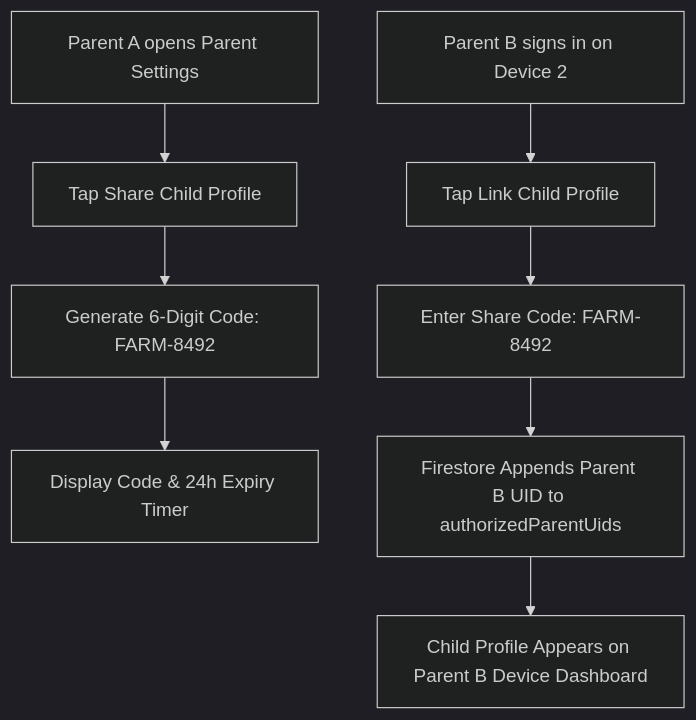
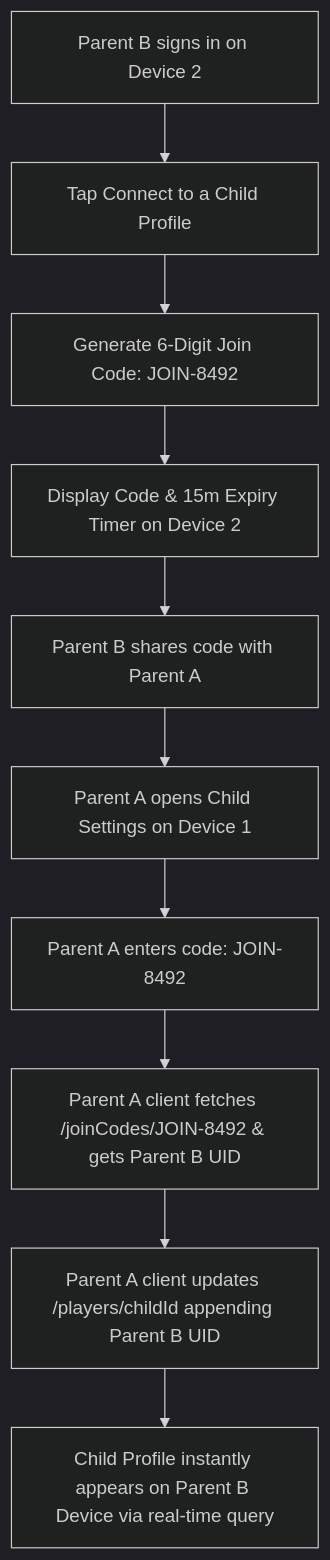
The fourth of 4 diagrams in ux/user-flows.md (rochebit/farmspell-spec), drawn with Mermaid (dark theme) before and after one commit. The commit also changed other lines of this file and 7 other files, not shown here.

Commit message:
feat(auth): update multi-parent linking to secure Join Code Handshake pattern

````diff
--- a/ux/user-flows.md
+++ b/ux/user-flows.md
@@ -98,10 +98,12 @@
 ```mermaid
 flowchart TD
-    A[Parent A opens Parent Settings] --> B[Tap Share Child Profile]
-    B --> C[Generate 6-Digit Code: FARM-8492]
-    C --> D[Display Code & 24h Expiry Timer]
-    E[Parent B signs in on Device 2] --> F[Tap Link Child Profile]
-    F --> G[Enter Share Code: FARM-8492]
-    G --> H[Firestore Appends Parent B UID to authorizedParentUids]
-    H --> I[Child Profile Appears on Parent B Device Dashboard]
+    A[Parent B signs in on Device 2] --> B[Tap Connect to a Child Profile]
+    B --> C[Generate 6-Digit Join Code: JOIN-8492]
+    C --> D[Display Code & 15m Expiry Timer on Device 2]
+    D --> E[Parent B shares code with Parent A]
+    E --> F[Parent A opens Child Settings on Device 1]
+    F --> G[Parent A enters code: JOIN-8492]
+    G --> H[Parent A client fetches /joinCodes/JOIN-8492 & gets Parent B UID]
+    H --> I[Parent A client updates /players/childId appending Parent B UID]
+    I --> J[Child Profile instantly appears on Parent B Device via real-time query]
 ```
````
